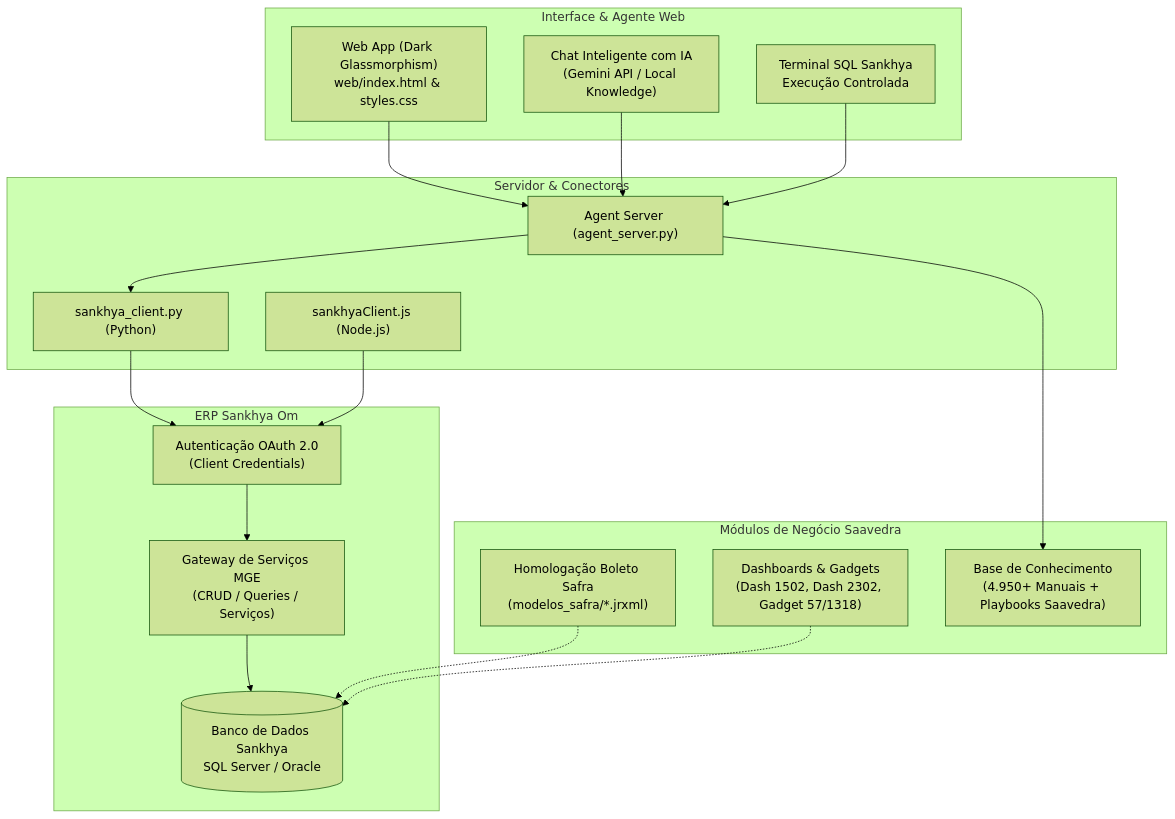
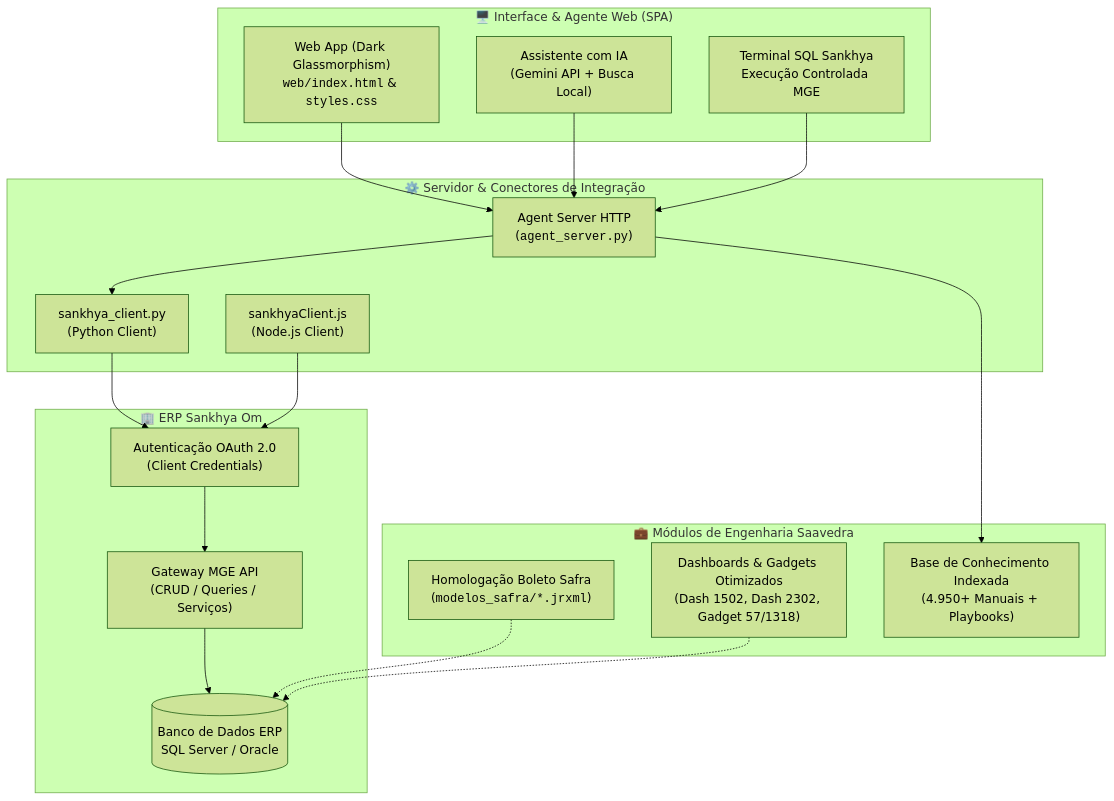
The diagram in README.md (tisaav/Agente-Saavedra), drawn with Mermaid (forest theme) before and after one commit. The commit also changed other lines of this file and 1 other file, not shown here.

Commit message:
docs(readme): moderniza documentacao com HTML5, CSS tokens e adiciona versao web interativa README.html

````diff
--- a/README.md
+++ b/README.md
@@ -40,38 +120,38 @@
 ```mermaid
 flowchart TD
-    subgraph Frontend["Interface & Agente Web"]
-        UI["Web App (Dark Glassmorphism)<br/>web/index.html & styles.css"]
-        Chat["Chat Inteligente com IA<br/>(Gemini API / Local Knowledge)"]
-        SQLTerm["Terminal SQL Sankhya<br/>Execução Controlada"]
+    subgraph Frontend["🖥️ Interface & Agente Web (SPA)"]
+        UI["Web App (Dark Glassmorphism)<br/><code>web/index.html</code> & <code>styles.css</code>"]
+        Chat["Assistente com IA<br/>(Gemini API + Busca Local)"]
+        SQLTerm["Terminal SQL Sankhya<br/>Execução Controlada MGE"]
     end
 
-    subgraph Backend["Servidor & Conectores"]
-        Server["Agent Server (agent_server.py)"]
-        PyClient["sankhya_client.py (Python)"]
-        NodeClient["sankhyaClient.js (Node.js)"]
+    subgraph Backend["⚙️ Servidor & Conectores de Integração"]
+        Server["Agent Server HTTP<br/>(<code>agent_server.py</code>)"]
+        PyClient["sankhya_client.py<br/>(Python Client)"]
+        NodeClient["sankhyaClient.js<br/>(Node.js Client)"]
     end
 
-    subgraph Sankhya["ERP Sankhya Om"]
+    subgraph Sankhya["🏢 ERP Sankhya Om"]
         OAuth["Autenticação OAuth 2.0<br/>(Client Credentials)"]
-        Gateway["Gateway de Serviços MGE<br/>(CRUD / Queries / Serviços)"]
-        DB[(Banco de Dados Sankhya<br/>SQL Server / Oracle)]
+        Gateway["Gateway MGE API<br/>(CRUD / Queries / Serviços)"]
+        DB[(Banco de Dados ERP<br/>SQL Server / Oracle)]
     end
 
-    subgraph ModulosEspecializados["Módulos de Negócio Saavedra"]
-        Safra["Homologação Boleto Safra<br/>(modelos_safra/*.jrxml)"]
-        BI["Dashboards & Gadgets<br/>(Dash 1502, Dash 2302, Gadget 57/1318)"]
-        KB["Base de Conhecimento<br/>(4.950+ Manuais + Playbooks Saavedra)"]
+    subgraph ModulosEspecializados["💼 Módulos de Engenharia Saavedra"]
+        Safra["Homologação Boleto Safra<br/>(<code>modelos_safra/*.jrxml</code>)"]
+        BI["Dashboards & Gadgets Otimizados<br/>(Dash 1502, Dash 2302, Gadget 57/1318)"]
+        KB["Base de Conhecimento Indexada<br/>(4.950+ Manuais + Playbooks)"]
     end
 
     UI --> Server
     Chat --> Server
     SQLTerm --> Server
     Server --> PyClient
     PyClient --> OAuth
     NodeClient --> OAuth
     OAuth --> Gateway
     Gateway --> DB
     Safra -.-> DB
     BI -.-> DB
     Server --> KB
 ```
````
